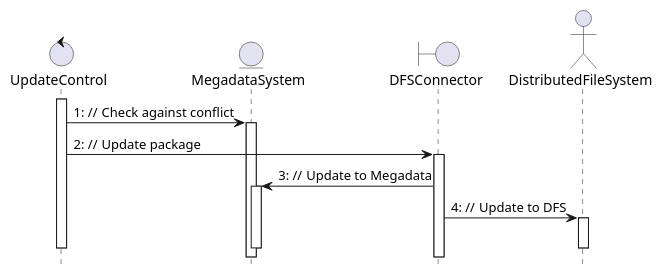
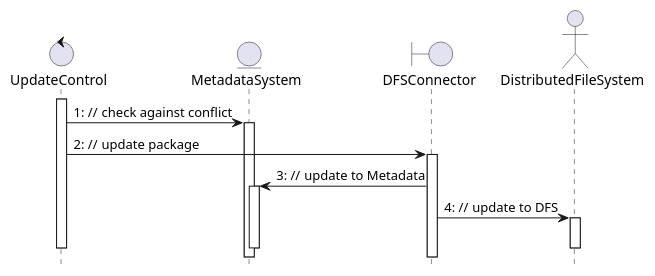
The fifth of 6 diagrams in source/solution/use-case-analysis.rst (McSinyx/ipppi), drawn with PlantUML before and after one commit. The commit also changed other lines of this file, not shown here.

```diff
--- a/source/solution/use-case-analysis.rst
+++ b/source/solution/use-case-analysis.rst
@@ -138,19 +138,19 @@
 .. uml::
 
    autonumber "#: //"
    autoactivate on
    hide footbox
 
    control UpdateControl    
-   entity MegadataSystem 
+   entity MetadataSystem 
    boundary DFSConnector
    actor DistributedFileSystem
    
    activate UpdateControl
-   UpdateControl -> MegadataSystem : Check against conflict
-   UpdateControl -> DFSConnector : Update package
-   DFSConnector -> MegadataSystem : Update to Megadata 
-   DFSConnector -> DistributedFileSystem :Update to DFS
-   deactivate MegadataSystem
+   UpdateControl -> MetadataSystem : check against conflict
+   UpdateControl -> DFSConnector : update package
+   DFSConnector -> MetadataSystem : update to Metadata 
+   DFSConnector -> DistributedFileSystem : update to DFS
+   deactivate MetadataSystem
    deactivate UpdateControl
    deactivate DistributedFileSystem
```
